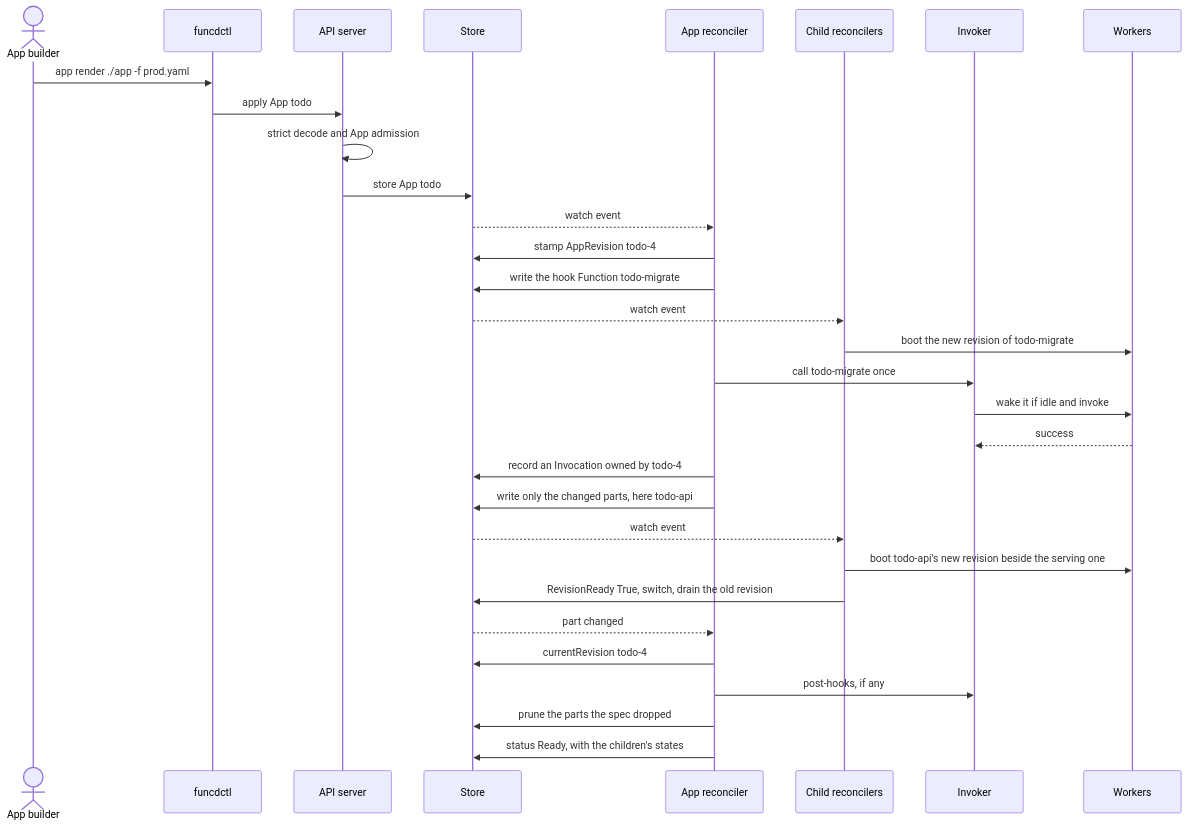
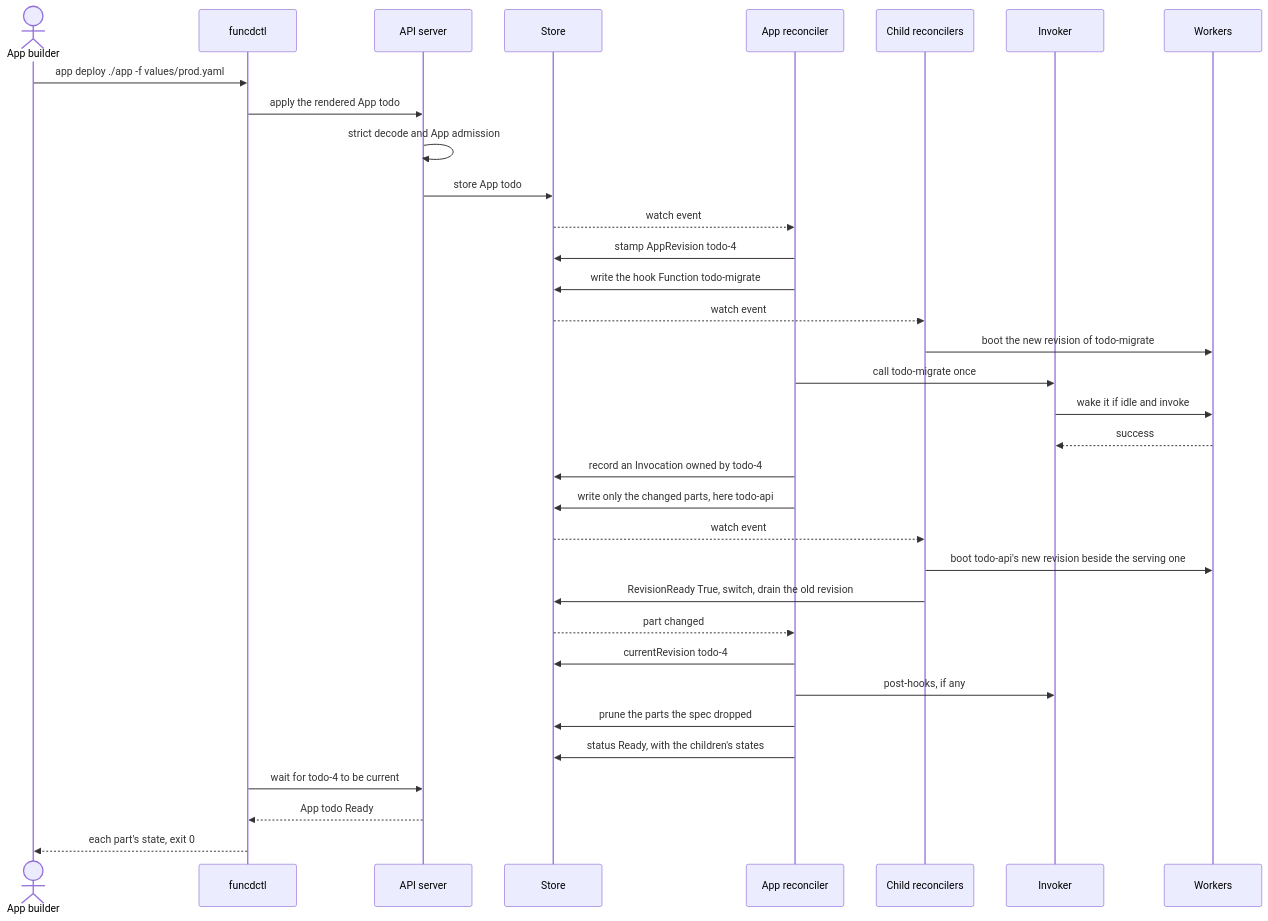
The sixth of 7 diagrams in docs/feat/0010-feat-apps.md (pyvvo/funcd), drawn with Mermaid before and after one commit. The commit also changed other lines of this file and 1 other file, not shown here.

First line of the commit message:
docs: refine the App template format with the decider

````diff
--- a/docs/feat/0010-feat-apps.md
+++ b/docs/feat/0010-feat-apps.md
@@ -291,33 +329,36 @@
 ```mermaid
 sequenceDiagram
     actor B as App builder
     participant CLI as funcdctl
     participant API as API server
     participant ST as Store
     participant AR as App reconciler
     participant CR as Child reconcilers
     participant INV as Invoker
     participant WK as Workers
-    B->>CLI: app render ./app -f prod.yaml
-    CLI->>API: apply App todo
+    B->>CLI: app deploy ./app -f values/prod.yaml
+    CLI->>API: apply the rendered App todo
     API->>API: strict decode and App admission
     API->>ST: store App todo
     ST-->>AR: watch event
     AR->>ST: stamp AppRevision todo-4
     AR->>ST: write the hook Function todo-migrate
     ST-->>CR: watch event
     CR->>WK: boot the new revision of todo-migrate
     AR->>INV: call todo-migrate once
     INV->>WK: wake it if idle and invoke
     WK-->>INV: success
     AR->>ST: record an Invocation owned by todo-4
     AR->>ST: write only the changed parts, here todo-api
     ST-->>CR: watch event
     CR->>WK: boot todo-api's new revision beside the serving one
     CR->>ST: RevisionReady True, switch, drain the old revision
     ST-->>AR: part changed
     AR->>ST: currentRevision todo-4
     AR->>INV: post-hooks, if any
     AR->>ST: prune the parts the spec dropped
     AR->>ST: status Ready, with the children's states
+    CLI->>API: wait for todo-4 to be current
+    API-->>CLI: App todo Ready
+    CLI-->>B: each part's state, exit 0
 ```
````
